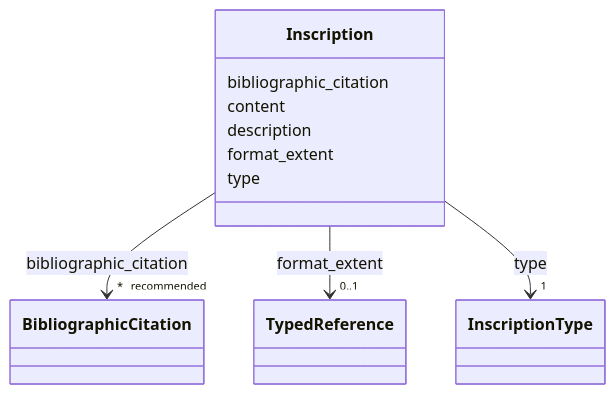
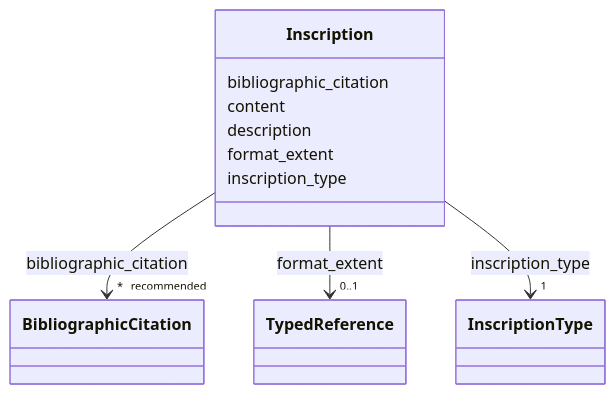
The diagram in docs/Inscription.md (arqtrad/schema), drawn with Mermaid before and after one commit. The commit also changed other lines of this file and 215 other files, not shown here.

````diff
--- a/docs/Inscription.md
+++ b/docs/Inscription.md
@@ -27,43 +27,43 @@
 ```mermaid
  classDiagram
     class Inscription
     click Inscription href "../Inscription/"
       Inscription : bibliographic_citation
-
-
-
-
-
+        
+          
+    
+        
+        
         Inscription --> "* _recommended_" BibliographicCitation : bibliographic_citation
         click BibliographicCitation href "../BibliographicCitation/"
+    
 
-
-
+        
       Inscription : content
-
+        
       Inscription : description
-
+        
       Inscription : format_extent
-
-
-
-
-
+        
+          
+    
+        
+        
         Inscription --> "0..1" TypedReference : format_extent
         click TypedReference href "../TypedReference/"
+    
 
+        
+      Inscription : inscription_type
+        
+          
+    
+        
+        
+        Inscription --> "1" InscriptionType : inscription_type
+        click InscriptionType href "../InscriptionType/"
+    
 
-
-      Inscription : type
-
-
-
-
-
-        Inscription --> "1" InscriptionType : type
-        click InscriptionType href "../InscriptionType/"
-
-
-
-
+        
+      
 ```
````
